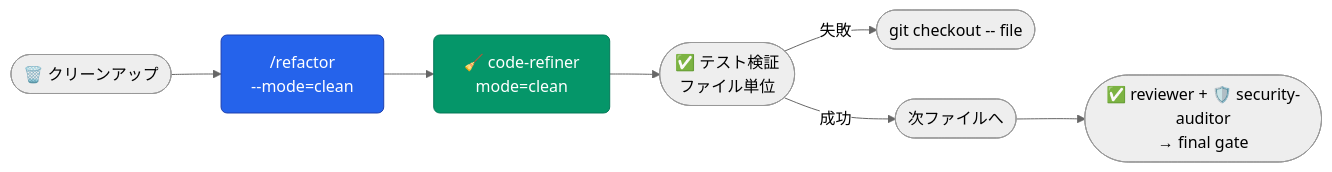
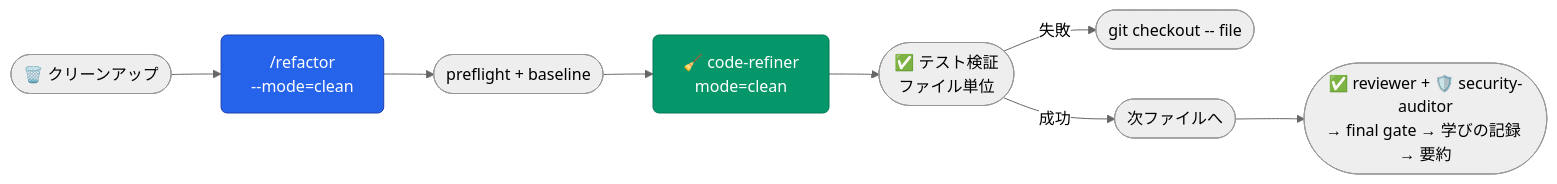
One commit to aokumablue/claq changed the fifth of 19 diagrams in README.md. Above: the diagram before and after it, drawn with Mermaid (neutral theme). The commit also changed other lines of this file, not shown here.

````diff
--- a/README.md
+++ b/README.md
@@ -324,12 +326,13 @@
 ```mermaid
 flowchart LR
   classDef cmd    fill:#2563eb,stroke:#1e40af,color:#fff,rx:6
   classDef agent  fill:#059669,stroke:#047857,color:#fff,rx:6
 
   U(["🗑️ クリーンアップ"]) --> CREF["/refactor<br/>--mode=clean"]:::cmd
-  CREF --> AC["🧹 code-refiner<br/>mode=clean"]:::agent
+  CREF --> PRE(["preflight + baseline"])
+  PRE --> AC["🧹 code-refiner<br/>mode=clean"]:::agent
   AC --> TEST(["✅ テスト検証<br/>ファイル単位"])
   TEST -->|失敗| REVERT(["git checkout -- file"])
   TEST -->|成功| NEXT(["次ファイルへ"])
-  NEXT --> RV(["✅ reviewer + 🛡️ security-auditor<br/>→ final gate"])
+  NEXT --> RV(["✅ reviewer + 🛡️ security-auditor<br/>→ final gate → 学びの記録 → 要約"])
 ```
````
